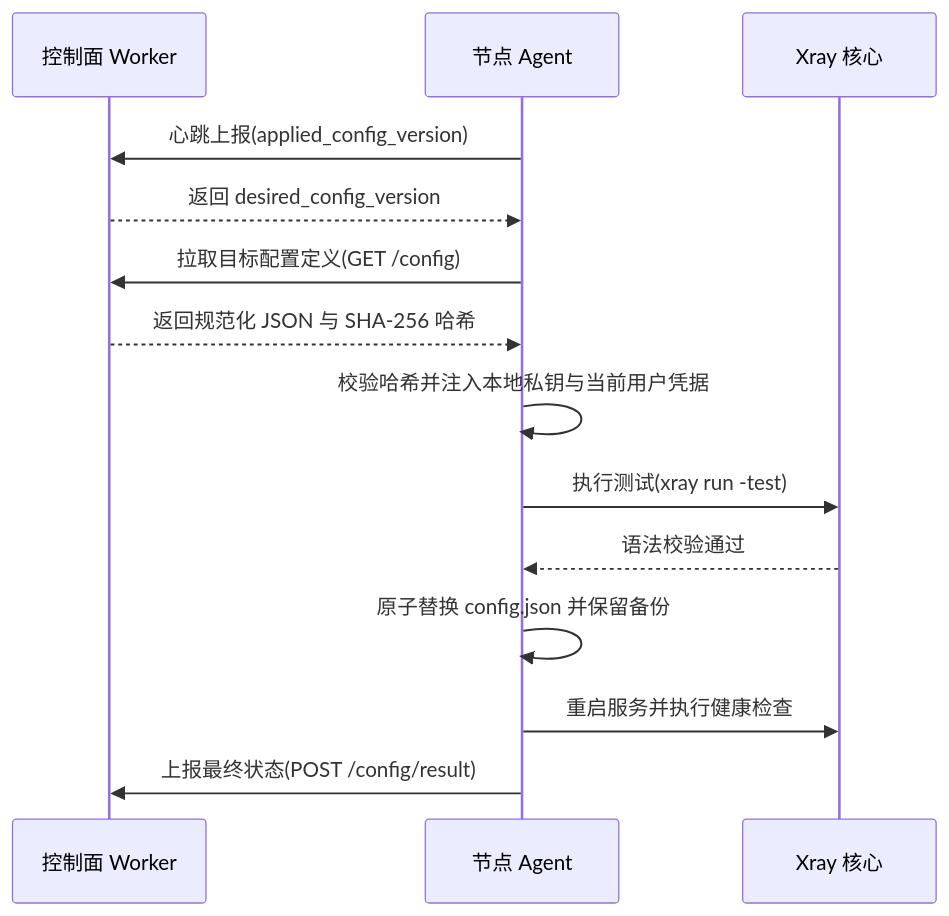
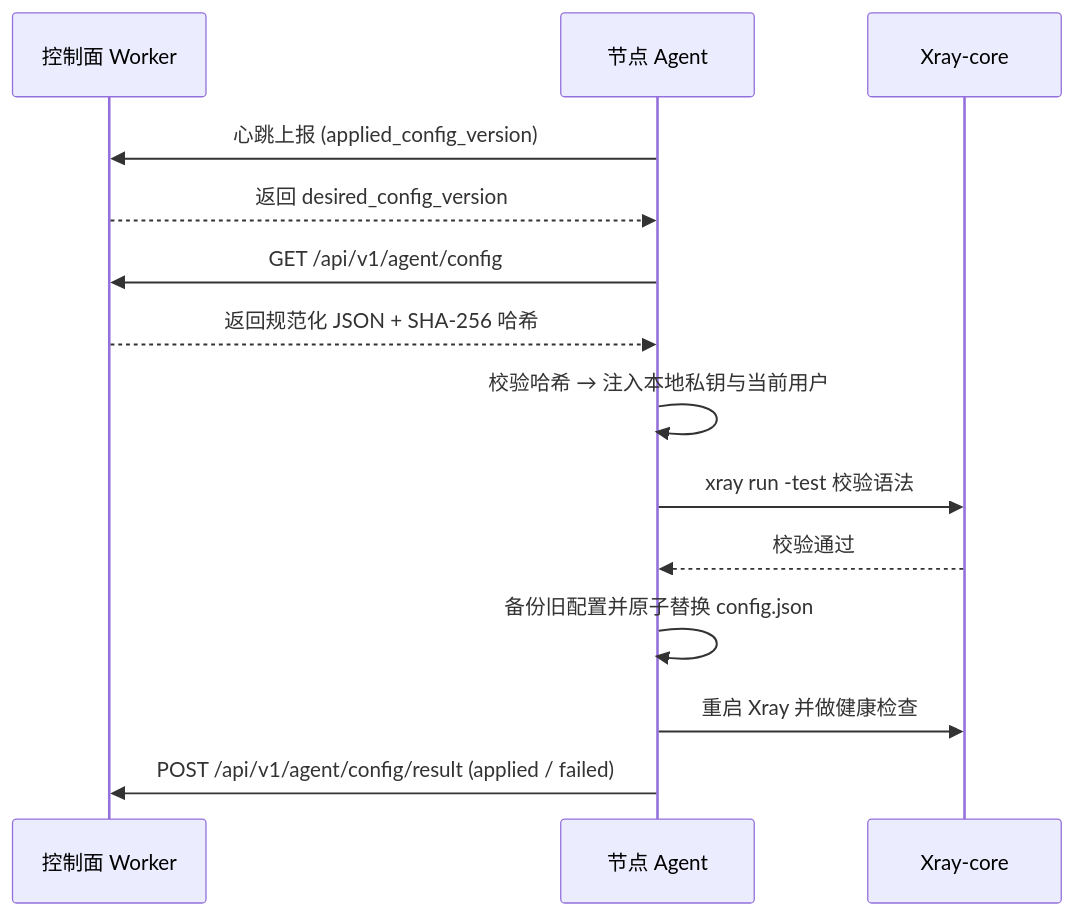
Before and after one commit to CrKcel/Zako-Panel: the diagram in docs/agent.md, drawn with Mermaid. The commit also changed other lines of this file and 11 other files, not shown here.

````diff
--- a/docs/agent.md
+++ b/docs/agent.md
@@ -60,17 +60,17 @@
 ```mermaid
 sequenceDiagram
     participant W as 控制面 Worker
     participant A as 节点 Agent
-    participant X as Xray 核心
+    participant X as Xray-core
 
-    A->>W: 心跳上报(applied_config_version)
+    A->>W: 心跳上报 (applied_config_version)
     W-->>A: 返回 desired_config_version
-    A->>W: 拉取目标配置定义(GET /config)
-    W-->>A: 返回规范化 JSON 与 SHA-256 哈希
-    A->>A: 校验哈希并注入本地私钥与当前用户凭据
-    A->>X: 执行测试(xray run -test)
-    X-->>A: 语法校验通过
-    A->>A: 原子替换 config.json 并保留备份
-    A->>X: 重启服务并执行健康检查
-    A->>W: 上报最终状态(POST /config/result)
+    A->>W: GET /api/v1/agent/config
+    W-->>A: 返回规范化 JSON + SHA-256 哈希
+    A->>A: 校验哈希 → 注入本地私钥与当前用户
+    A->>X: xray run -test 校验语法
+    X-->>A: 校验通过
+    A->>A: 备份旧配置并原子替换 config.json
+    A->>X: 重启 Xray 并做健康检查
+    A->>W: POST /api/v1/agent/config/result (applied / failed)
 ```
````
